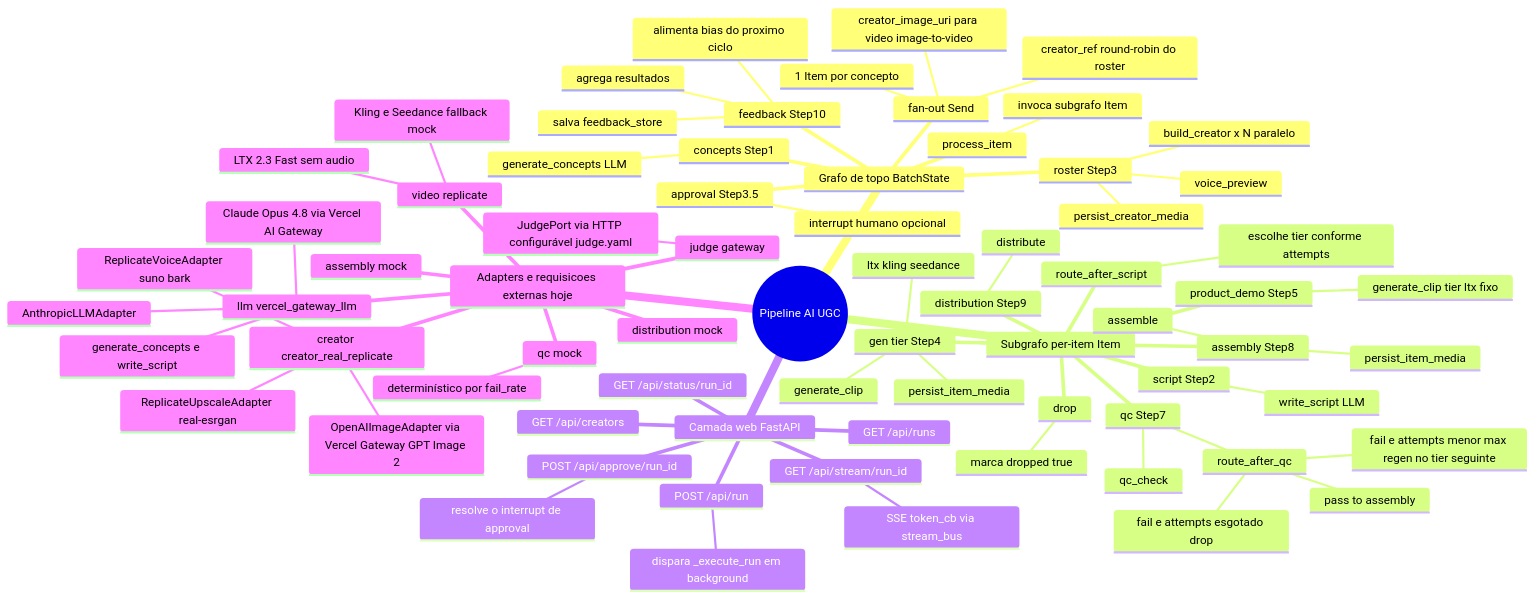
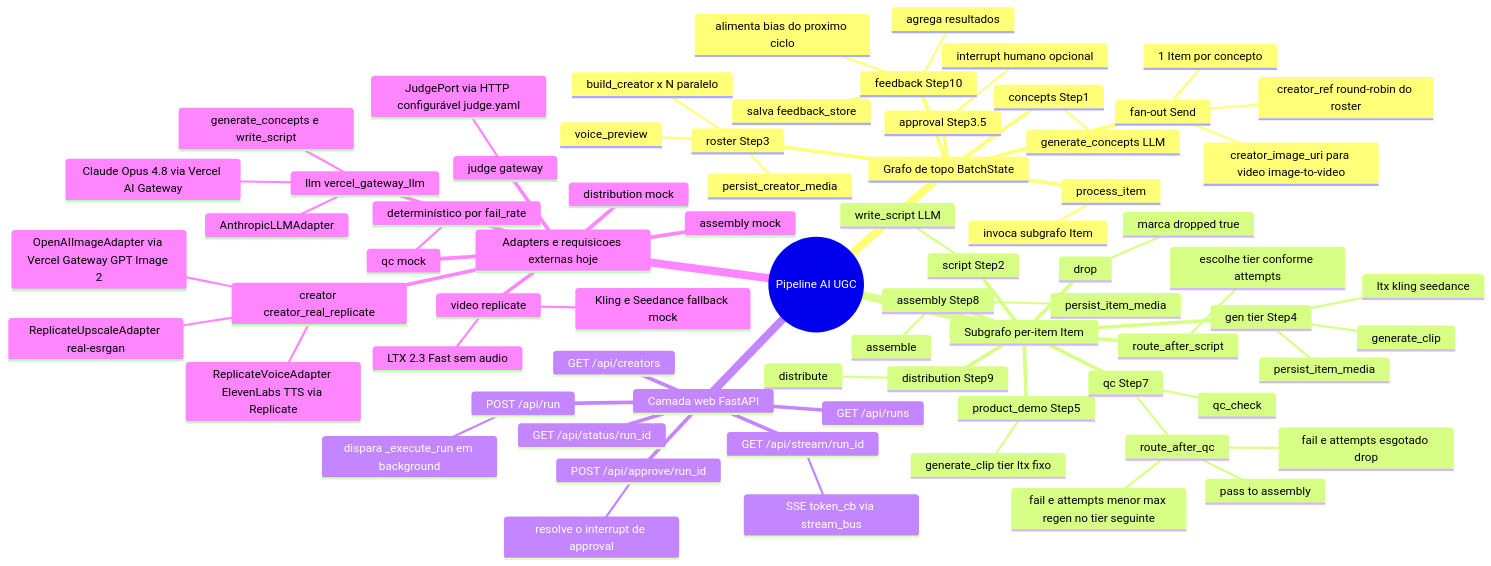
Before and after one commit to Lazaroenrico/video-orchestration-ai: the first of 2 diagrams in docs/FLOW_MINDMAP.md, drawn with Mermaid. The commit also changed other lines of this file and 27 other files, not shown here.

````diff
--- a/docs/FLOW_MINDMAP.md
+++ b/docs/FLOW_MINDMAP.md
@@ -9,75 +9,75 @@
 ```mermaid
 mindmap
   root((Pipeline AI UGC))
     Grafo de topo BatchState
       roster Step3
         build_creator x N paralelo
         persist_creator_media
         voice_preview
       approval Step3.5
         interrupt humano opcional
       concepts Step1
         generate_concepts LLM
       fan-out Send
         1 Item por concepto
         creator_ref round-robin do roster
         creator_image_uri para video image-to-video
       process_item
         invoca subgrafo Item
       feedback Step10
         agrega resultados
         salva feedback_store
         alimenta bias do proximo ciclo
     Subgrafo per-item Item
       script Step2
         write_script LLM
       route_after_script
         escolhe tier conforme attempts
       gen tier Step4
         ltx kling seedance
         generate_clip
         persist_item_media
       product_demo Step5
         generate_clip tier ltx fixo
       qc Step7
         qc_check
         route_after_qc
           pass to assembly
           fail e attempts menor max regen no tier seguinte
           fail e attempts esgotado drop
       assembly Step8
         assemble
         persist_item_media
       distribution Step9
         distribute
       drop
         marca dropped true
     Camada web FastAPI
       POST /api/run
         dispara _execute_run em background
       GET /api/stream/run_id
         SSE token_cb via stream_bus
       POST /api/approve/run_id
         resolve o interrupt de approval
       GET /api/creators
       GET /api/runs
       GET /api/status/run_id
     Adapters e requisicoes externas hoje
       llm vercel_gateway_llm
         AnthropicLLMAdapter
         Claude Opus 4.8 via Vercel AI Gateway
         generate_concepts e write_script
       creator creator_real_replicate
         OpenAIImageAdapter via Vercel Gateway GPT Image 2
         ReplicateUpscaleAdapter real-esrgan
-        ReplicateVoiceAdapter suno bark
+        ReplicateVoiceAdapter ElevenLabs TTS via Replicate
       video replicate
         LTX 2.3 Fast sem audio
         Kling e Seedance fallback mock
       qc mock
         determinístico por fail_rate
       assembly mock
       distribution mock
       judge gateway
         JudgePort via HTTP configurável judge.yaml
 ```
````
